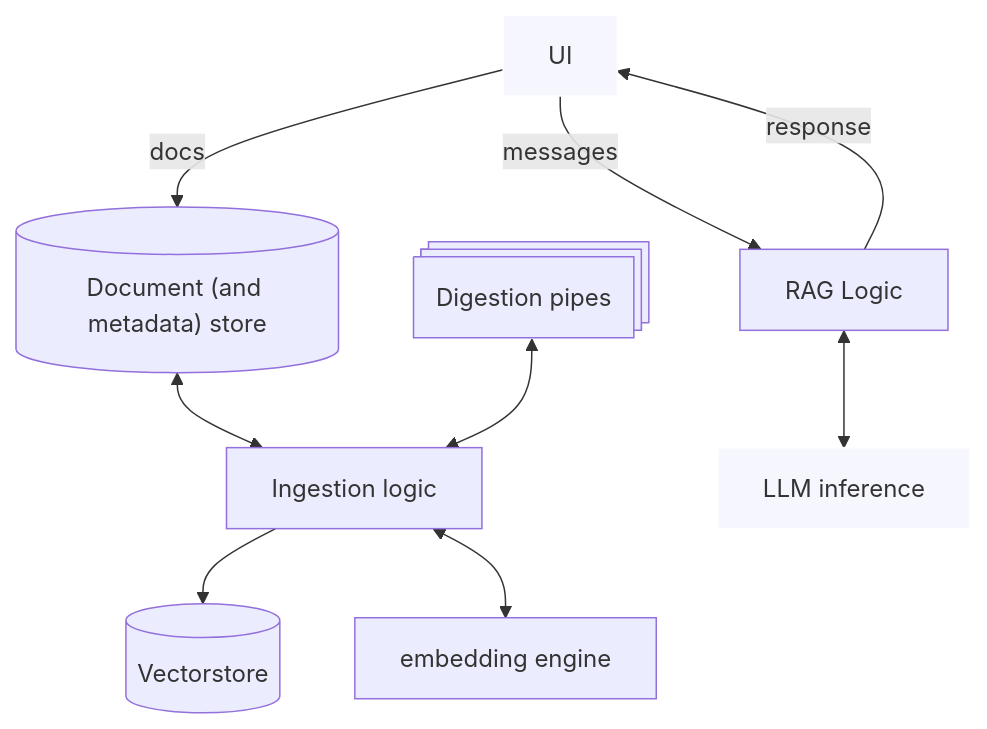
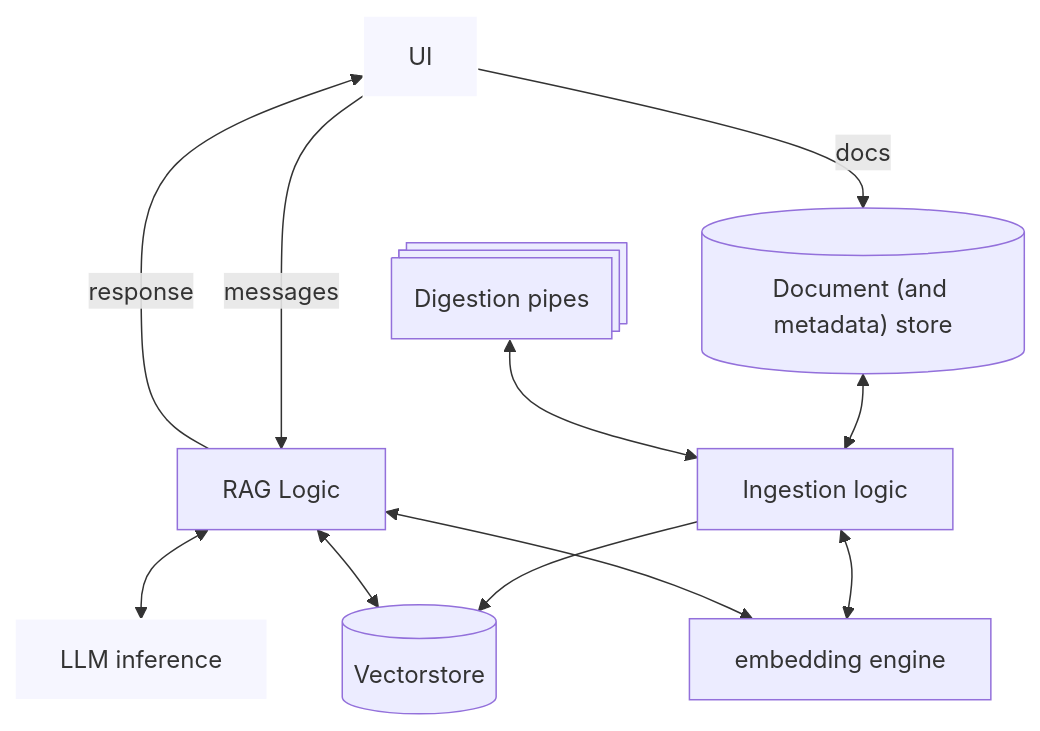
One commit to DKAndreasen/public-genai-governance changed the diagram in RAG_task/current_status_ideas.md. Above: the diagram before and after it, drawn with Mermaid.

Commit message:
Extra connections on the flowchart

````diff
--- a/RAG_task/current_status_ideas.md
+++ b/RAG_task/current_status_ideas.md
@@ -32,11 +32,13 @@
     ```mermaid
     flowchart TB
         UI -->|messages| rag[RAG Logic] -->|response| UI
         UI -->|docs| docStore@{ shape: db, label: "Document (and metadata) store" } <--> ingest[Ingestion logic] --> vdb@{ shape: db, label: "Vectorstore"}
         digest@{ shape: procs, label: "Digestion pipes" } <--> ingest
         ingest <--> emb[embedding engine]
         rag <--> llm[LLM inference]
+        rag <--> emb
+        rag <--> vdb
     
         classDef fixed fill:#f6f6ff,stroke:#ffffff
         class UI,llm fixed
     ```
````
